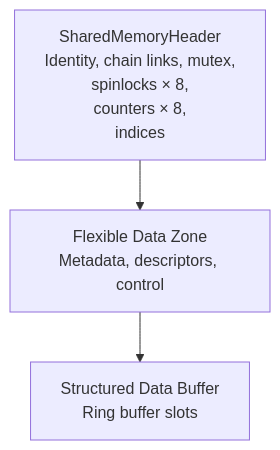
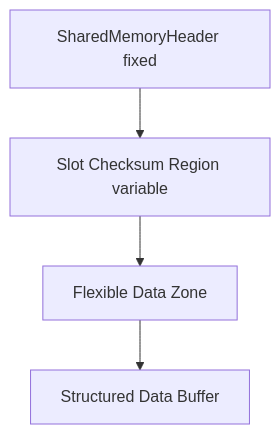
The fourth of 8 diagrams in cpp/docs/hep/hep-core-0002-data-exchange-hub-framework.md (Qing-LAB/pylabhub), drawn with Mermaid before and after one commit. The commit also changed other lines of this file and 3 other files, not shown here.

Commit message:
adding versioning checksum and block size to memory buffers

````diff
--- a/cpp/docs/hep/hep-core-0002-data-exchange-hub-framework.md
+++ b/cpp/docs/hep/hep-core-0002-data-exchange-hub-framework.md
@@ -217,8 +217,9 @@
 ```mermaid
 flowchart TB
-    H["SharedMemoryHeader<br/>Identity, chain links, mutex,<br/>spinlocks × 8,<br/>counters × 8,<br/>indices"]
-    F["Flexible Data Zone<br/>Metadata, descriptors, control"]
-    S["Structured Data Buffer<br/>Ring buffer slots"]
+    H["SharedMemoryHeader fixed"]
+    C["Slot Checksum Region variable"]
+    F["Flexible Data Zone"]
+    S["Structured Data Buffer"]
 
-    H --> F --> S
+    H --> C --> F --> S
 ```
````
